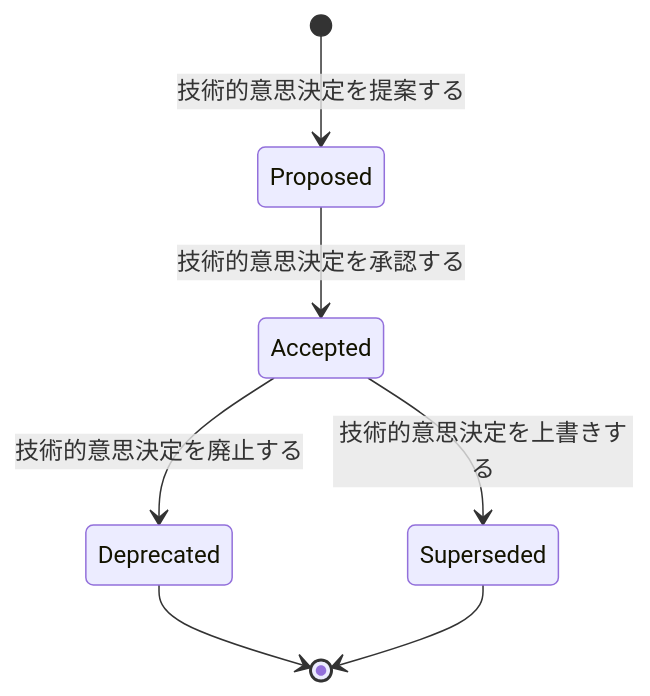
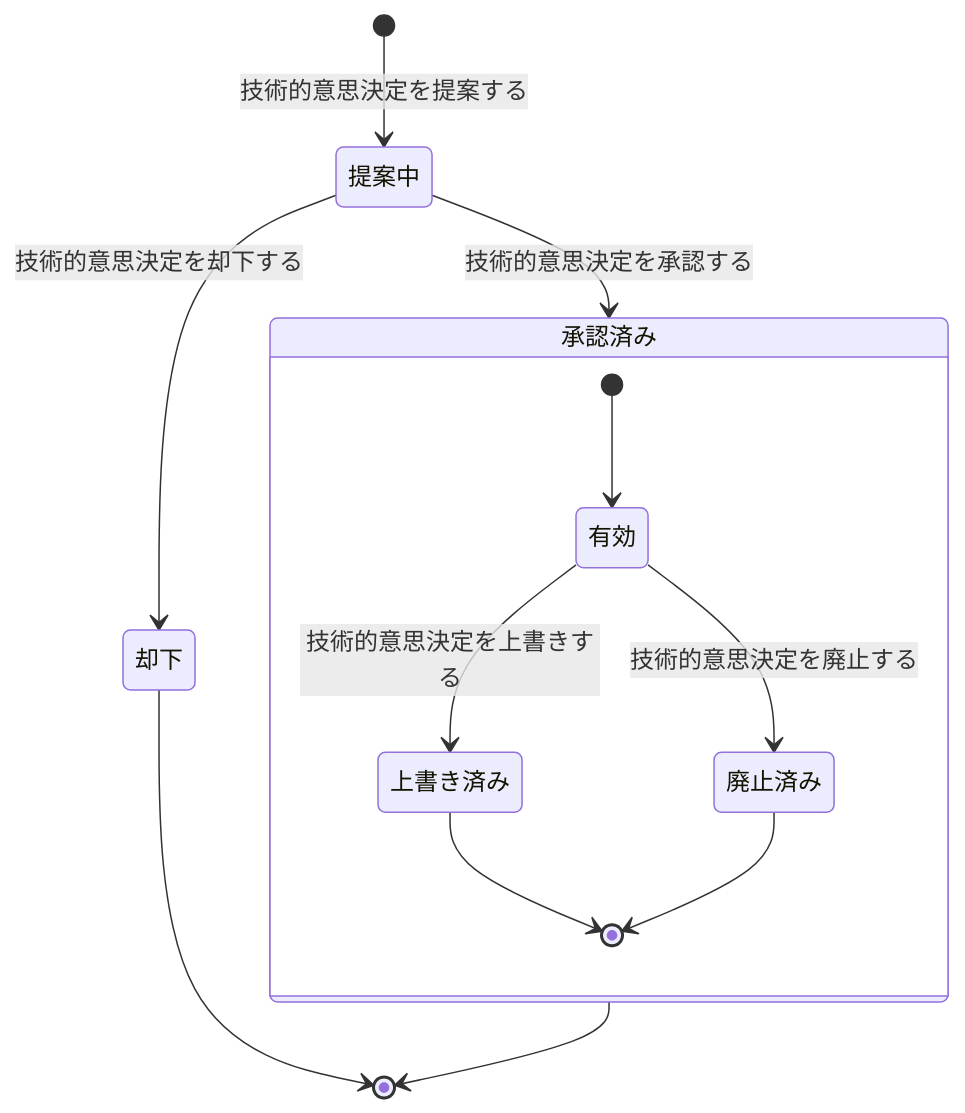
One commit to kuchita-el/claude-shared-skills changed the eighth of 8 diagrams in docs/development/event-storming.md. Above: the diagram before and after it, drawn with Mermaid. The commit also changed other lines of this file, not shown here.

````diff
--- a/docs/development/event-storming.md
+++ b/docs/development/event-storming.md
@@ -352,9 +356,16 @@
 ```mermaid
 stateDiagram-v2
-    [*] --> Proposed: 技術的意思決定を提案する
-    Proposed --> Accepted: 技術的意思決定を承認する
-    Accepted --> Deprecated: 技術的意思決定を廃止する
-    Accepted --> Superseded: 技術的意思決定を上書きする
-    Deprecated --> [*]
-    Superseded --> [*]
+    [*] --> 提案中: 技術的意思決定を提案する
+    提案中 --> 却下: 技術的意思決定を却下する
+    提案中 --> 承認済み: 技術的意思決定を承認する
+    却下 --> [*]
+    承認済み --> [*]
+
+    state 承認済み {
+        [*] --> 有効
+        有効 --> 上書き済み: 技術的意思決定を上書きする
+        有効 --> 廃止済み: 技術的意思決定を廃止する
+        上書き済み --> [*]
+        廃止済み --> [*]
+    }
 ```
````
